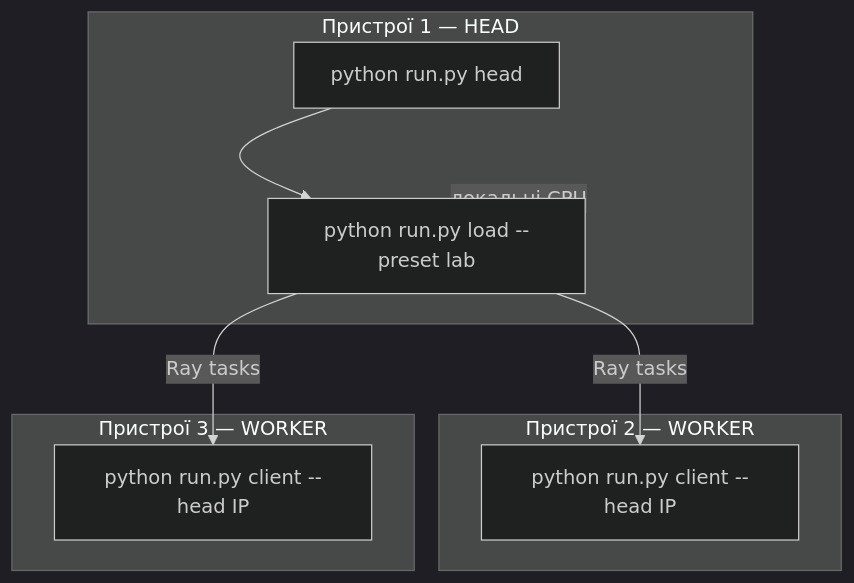
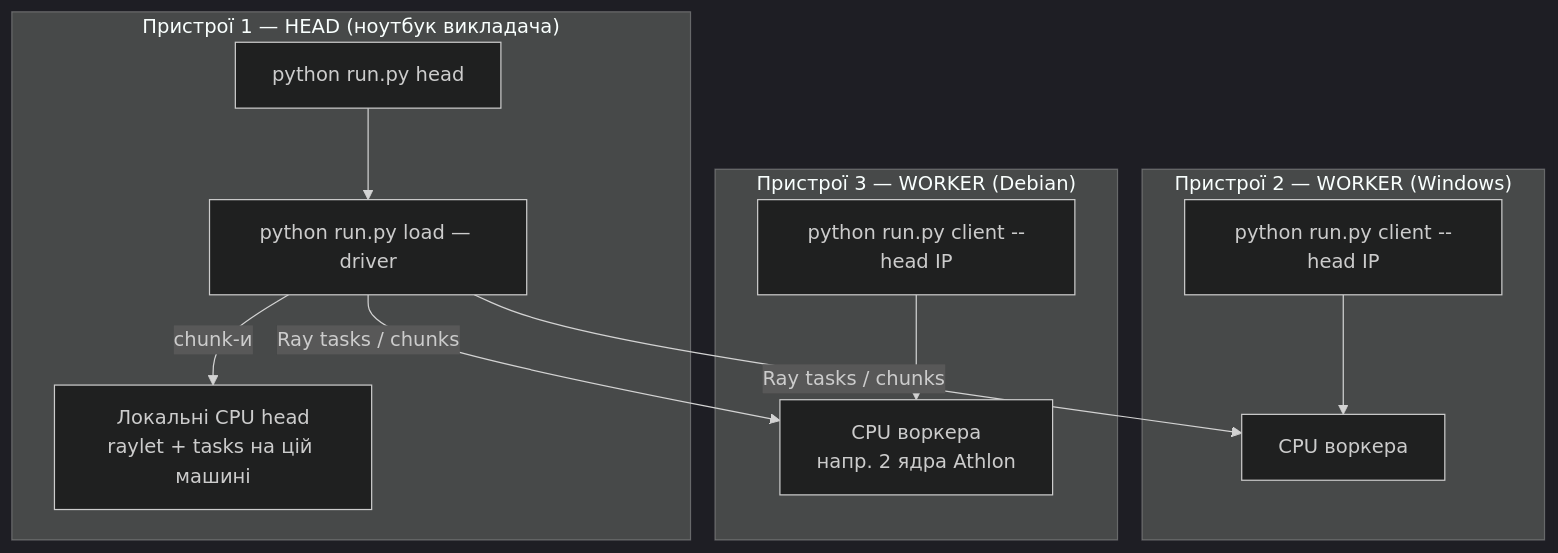
One commit to vplanto/cloud_grid changed the first of 2 diagrams in docs/p02_ray_grid.md. Above: the diagram before and after it, drawn with Mermaid (dark theme). The commit also changed other lines of this file, not shown here.

````diff
--- a/docs/p02_ray_grid.md
+++ b/docs/p02_ray_grid.md
@@ -21,20 +21,25 @@
 ```mermaid
 flowchart TB
-    subgraph Head ["Пристрої 1 — HEAD"]
+    subgraph Head ["Пристрої 1 — HEAD (ноутбук викладача)"]
         H1["python run.py head"]
-        H2["python run.py load --preset lab"]
+        H2["python run.py load — driver"]
+        LCPU["Локальні CPU head<br>raylet + tasks на цій машині"]
         H1 --> H2
+        H2 -->|"chunk-и"| LCPU
     end
 
-    subgraph W1 ["Пристрої 2 — WORKER"]
+    subgraph W1 ["Пристрої 2 — WORKER (Windows)"]
         C1["python run.py client --head IP"]
+        W1CPU["CPU воркера"]
+        C1 --> W1CPU
     end
 
-    subgraph W2 ["Пристрої 3 — WORKER"]
+    subgraph W2 ["Пристрої 3 — WORKER (Debian)"]
         C2["python run.py client --head IP"]
+        W2CPU["CPU воркера<br>напр. 2 ядра Athlon"]
+        C2 --> W2CPU
     end
 
-    H2 -->|"Ray tasks"| C1
-    H2 -->|"Ray tasks"| C2
-    H2 -->|"локальні CPU"| Head
+    H2 -->|"Ray tasks / chunks"| W1CPU
+    H2 -->|"Ray tasks / chunks"| W2CPU
 ```
````
